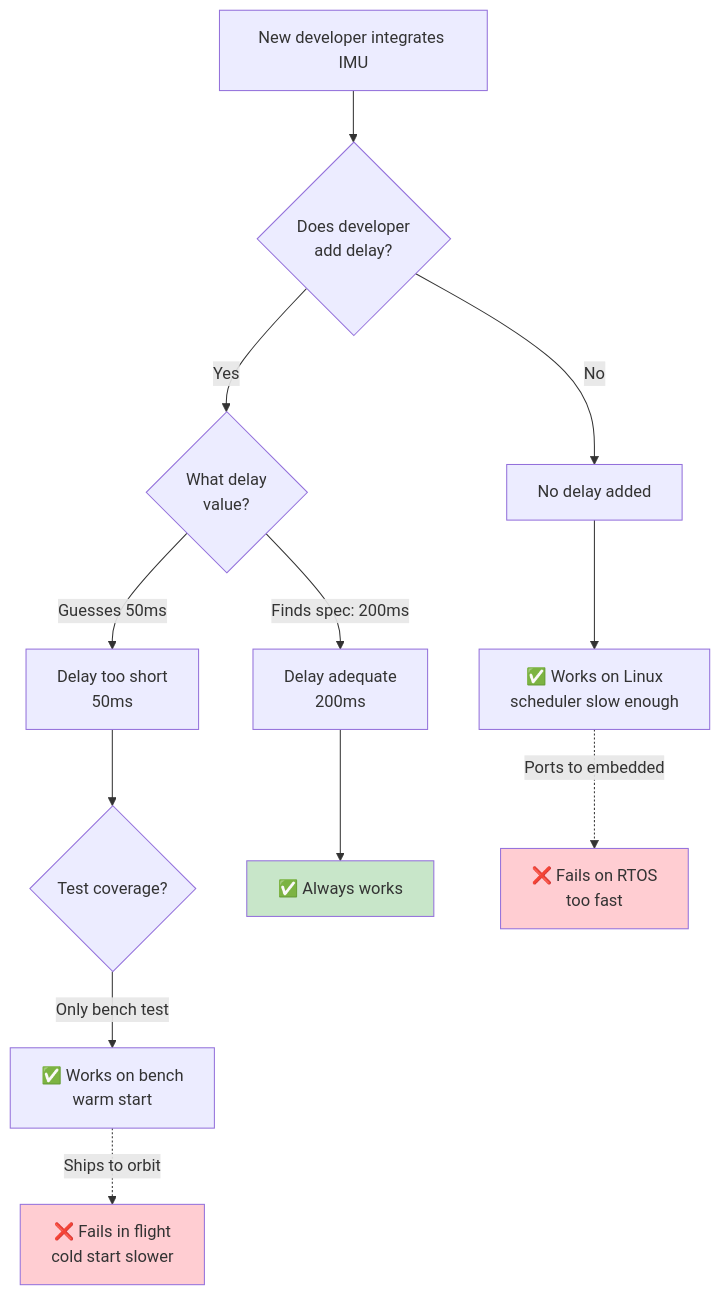
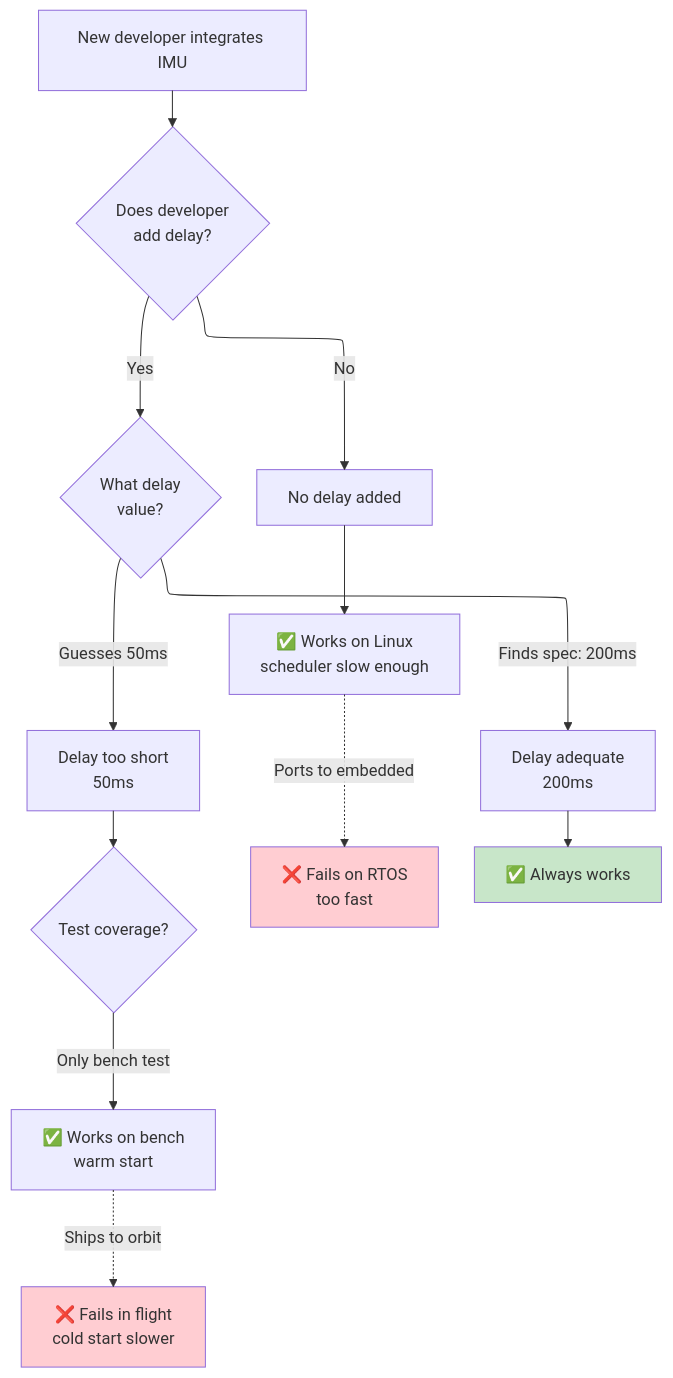
The second of 9 diagrams in docs/diagrams/knowledge-gaps.md (phantom-man/PROVES_LIBRARY), drawn with Mermaid before and after one commit. The commit also changed other lines of this file and 10 other files, not shown here.

Commit message:
Convert mermaid flowcharts to flowchart-elk

````diff
--- a/docs/diagrams/knowledge-gaps.md
+++ b/docs/diagrams/knowledge-gaps.md
@@ -88,39 +88,39 @@
 ```mermaid
-flowchart TB
+flowchart-elk TB
     START[New developer integrates IMU]
 
     CASE1{Does developer<br/>add delay?}
     CASE2{What delay<br/>value?}
     CASE3{Test coverage?}
 
     TOO_SHORT[Delay too short<br/>50ms]
     WORKS_BENCH[✅ Works on bench<br/>warm start]
     FAILS_FLIGHT[❌ Fails in flight<br/>cold start slower]
 
     NO_DELAY[No delay added]
     WORKS_LINUX[✅ Works on Linux<br/>scheduler slow enough]
     FAILS_RTOS[❌ Fails on RTOS<br/>too fast]
 
     CORRECT[Delay adequate<br/>200ms]
     SUCCESS[✅ Always works]
 
     START --> CASE1
     CASE1 -->|Yes| CASE2
     CASE1 -->|No| NO_DELAY
 
     CASE2 -->|Guesses 50ms| TOO_SHORT
     CASE2 -->|Finds spec: 200ms| CORRECT
 
     TOO_SHORT --> CASE3
     CASE3 -->|Only bench test| WORKS_BENCH
     WORKS_BENCH -.->|Ships to orbit| FAILS_FLIGHT
 
     NO_DELAY --> WORKS_LINUX
     WORKS_LINUX -.->|Ports to embedded| FAILS_RTOS
 
     CORRECT --> SUCCESS
 
     style FAILS_FLIGHT fill:#ffcdd2
     style FAILS_RTOS fill:#ffcdd2
     style SUCCESS fill:#c8e6c9
 ```
````
